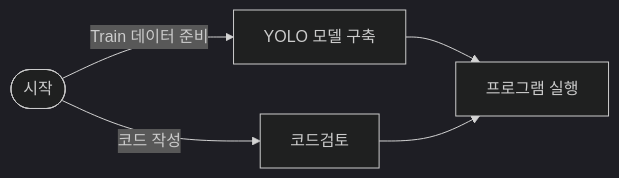
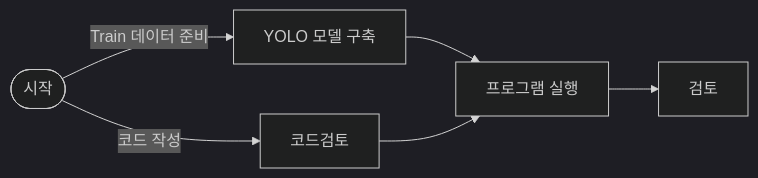
Before and after one commit to gamdumdum/my-project: the first of 2 diagrams in README.md, drawn with Mermaid (dark theme).

````diff
--- a/README.md
+++ b/README.md
@@ -2,13 +2,16 @@
 ```mermaid
 flowchart LR
     시작([시작])
     시작 -->|Train 데이터 준비| Yolo[YOLO 모델 구축]
     시작 -->|코드 작성| 코드검토[코드검토]
 
 
 
 
     Yolo --> 실행[프로그램 실행]
     코드검토 --> 실행[프로그램 실행]
+
+    실행 -->검토[검토]
+
     
 ```
````
